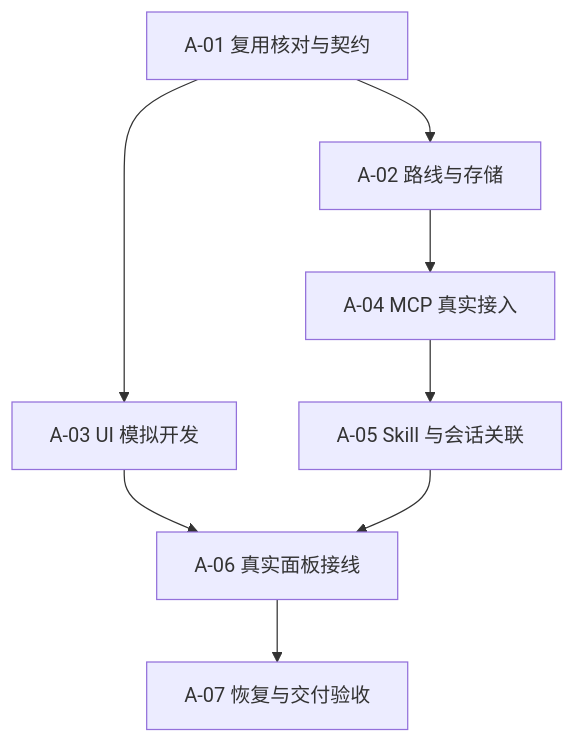
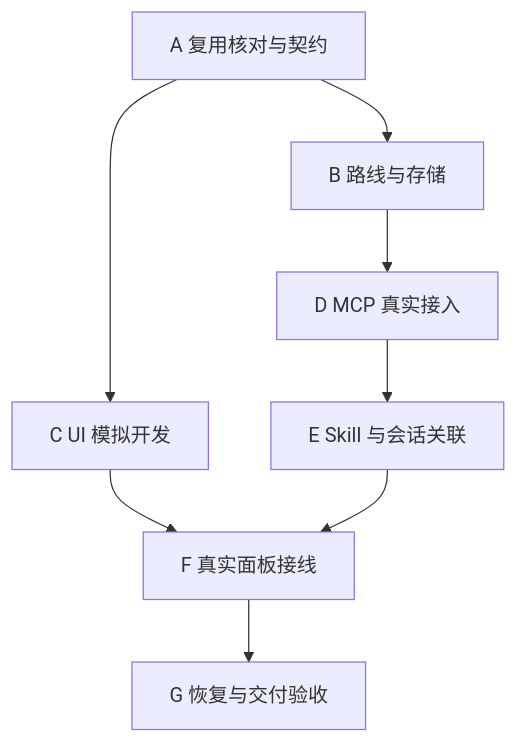
One commit to WuwuZhang0019/Codex-task-monitoring changed the diagram in docs/03_轻量路线工作台/00_执行入口/00_新路线实施总纲与接口决定_2026-11-10.md. Above: the diagram before and after it, drawn with Mermaid. The commit also changed other lines of this file and 13 other files, not shown here.

````diff
--- a/docs/03_轻量路线工作台/00_执行入口/00_新路线实施总纲与接口决定_2026-11-10.md
+++ b/docs/03_轻量路线工作台/00_执行入口/00_新路线实施总纲与接口决定_2026-11-10.md
@@ -27,10 +27,10 @@
 ```mermaid
 flowchart TD
-    S01[A-01 复用核对与契约] --> S02[A-02 路线与存储]
-    S01 --> S03[A-03 UI 模拟开发]
-    S02 --> S04[A-04 MCP 真实接入]
-    S04 --> S05[A-05 Skill 与会话关联]
-    S03 --> S06[A-06 真实面板接线]
+    S01[A 复用核对与契约] --> S02[B 路线与存储]
+    S01 --> S03[C UI 模拟开发]
+    S02 --> S04[D MCP 真实接入]
+    S04 --> S05[E Skill 与会话关联]
+    S03 --> S06[F 真实面板接线]
     S05 --> S06
-    S06 --> S07[A-07 恢复与交付验收]
+    S06 --> S07[G 恢复与交付验收]
 ```
````
